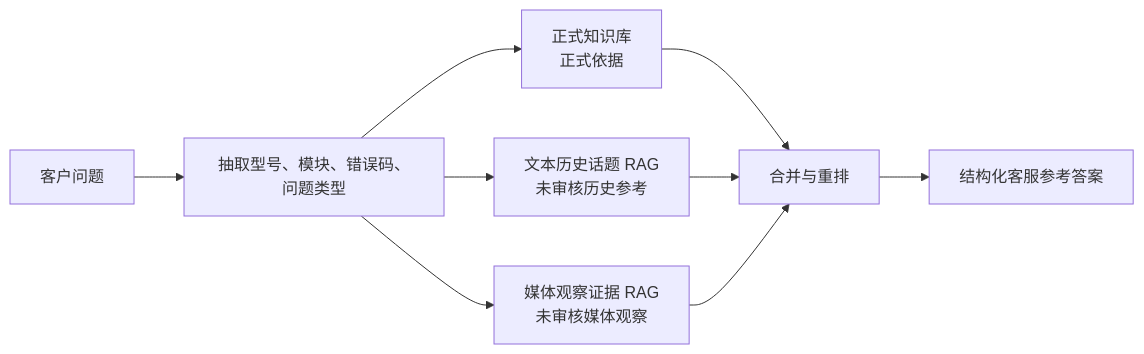
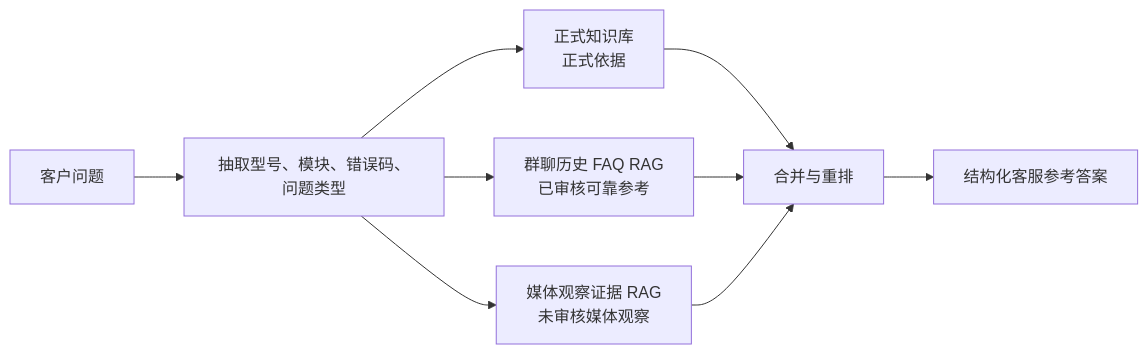
Before and after one commit to ccchenhuohuo/after-sale-ai-agent: the first of 3 diagrams in docs/knowledge-base.md, drawn with Mermaid. The commit also changed other lines of this file and 51 other files, not shown here.

````diff
--- a/docs/knowledge-base.md
+++ b/docs/knowledge-base.md
@@ -5,11 +5,11 @@
 ```mermaid
 flowchart LR
     issue["客户问题"] --> extract["抽取型号、模块、错误码、问题类型"]
     extract --> official["正式知识库<br/>正式依据"]
-    extract --> history["文本历史话题 RAG<br/>未审核历史参考"]
+    extract --> history["群聊历史 FAQ RAG<br/>已审核可靠参考"]
     extract --> media["媒体观察证据 RAG<br/>未审核媒体观察"]
     official --> merge["合并与重排"]
     history --> merge
     media --> merge
     merge --> answer["结构化客服参考答案"]
 ```
````
